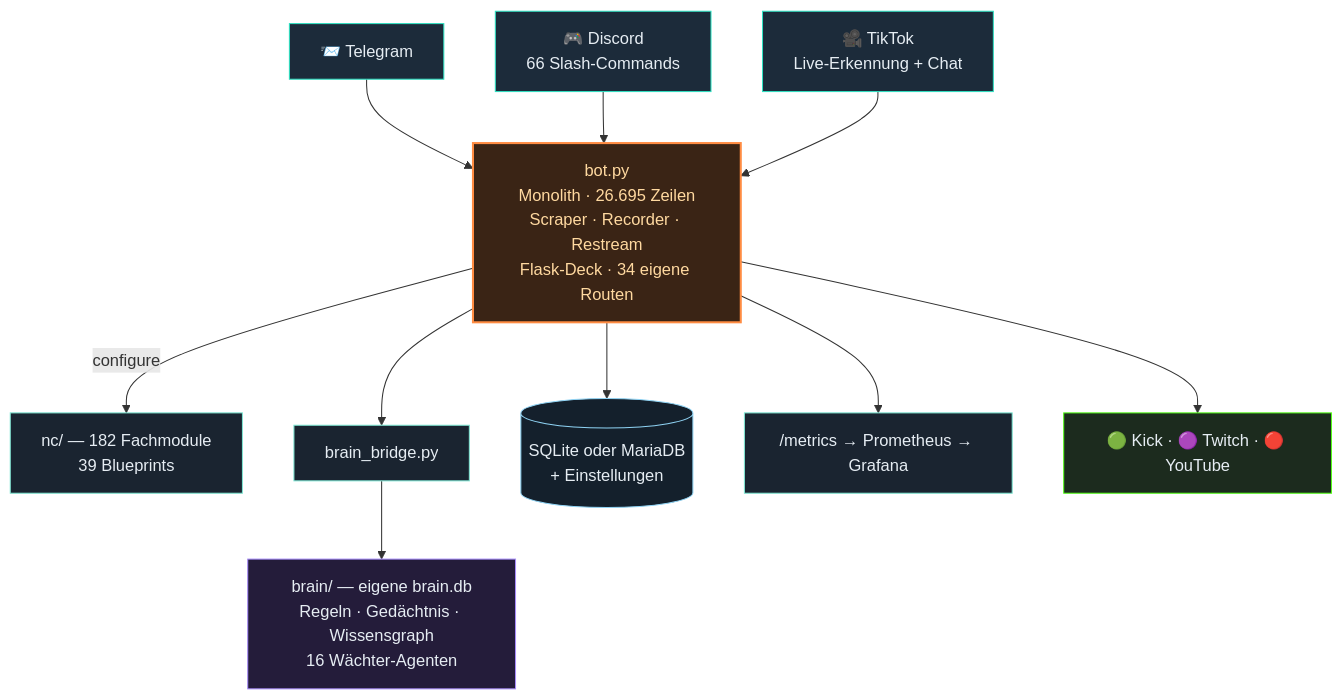
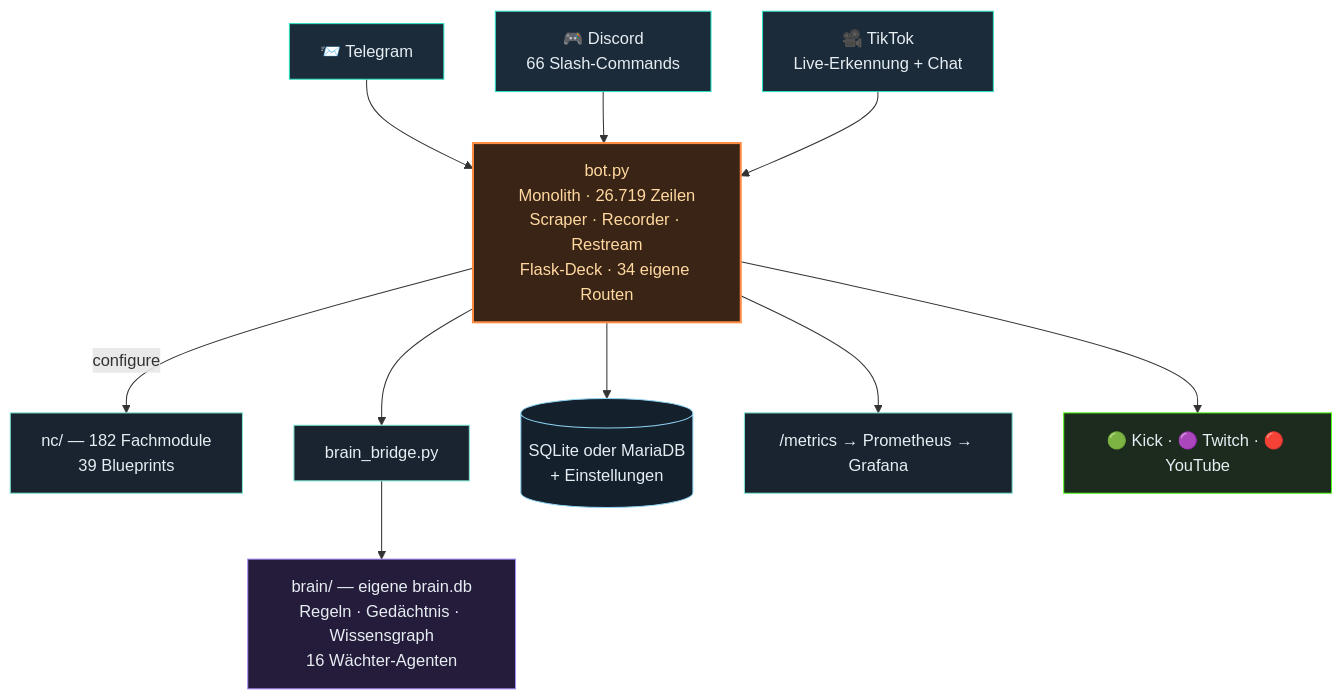
Before and after one commit to itsamemedev/Telegram-Stream-Info-Bot: the second of 3 diagrams in README.md, drawn with Mermaid. The commit also changed other lines of this file and 7 other files, not shown here.

````diff
--- a/README.md
+++ b/README.md
@@ -118,19 +118,19 @@
 ```mermaid
 flowchart TB
     TG["📨 Telegram"]:::ein --> BOT
     DC["🎮 Discord<br/>66 Slash-Commands"]:::ein --> BOT
     TT["🎥 TikTok<br/>Live-Erkennung + Chat"]:::ein --> BOT
-    BOT["bot.py<br/>Monolith · 26.695 Zeilen<br/>Scraper · Recorder · Restream<br/>Flask-Deck · 34 eigene Routen"]:::core
+    BOT["bot.py<br/>Monolith · 26.719 Zeilen<br/>Scraper · Recorder · Restream<br/>Flask-Deck · 34 eigene Routen"]:::core
     BOT -->|configure| NC["nc/ — 182 Fachmodule<br/>39 Blueprints"]:::lib
     BOT --> BR["brain_bridge.py"]:::lib
     BR --> BRAIN["brain/ — eigene brain.db<br/>Regeln · Gedächtnis · Wissensgraph<br/>16 Wächter-Agenten"]:::brain
     BOT --> DB[("SQLite oder MariaDB<br/>+ Einstellungen")]:::db
     BOT --> PROM["/metrics → Prometheus → Grafana"]:::lib
     BOT --> OUT["🟢 Kick · 🟣 Twitch · 🔴 YouTube"]:::out
     classDef ein fill:#1c2b3a,stroke:#2de1c2,color:#e6edf3
     classDef core fill:#3a2415,stroke:#ff8c42,stroke-width:2px,color:#ffd9a0
     classDef lib fill:#1a2430,stroke:#7fe7d4,color:#e6edf3
     classDef brain fill:#241c3a,stroke:#a78bfa,color:#e6edf3
     classDef db fill:#14202c,stroke:#8fd3f4,color:#e6edf3
     classDef out fill:#1c2b1e,stroke:#53fc18,color:#e6edf3
 ```
````
